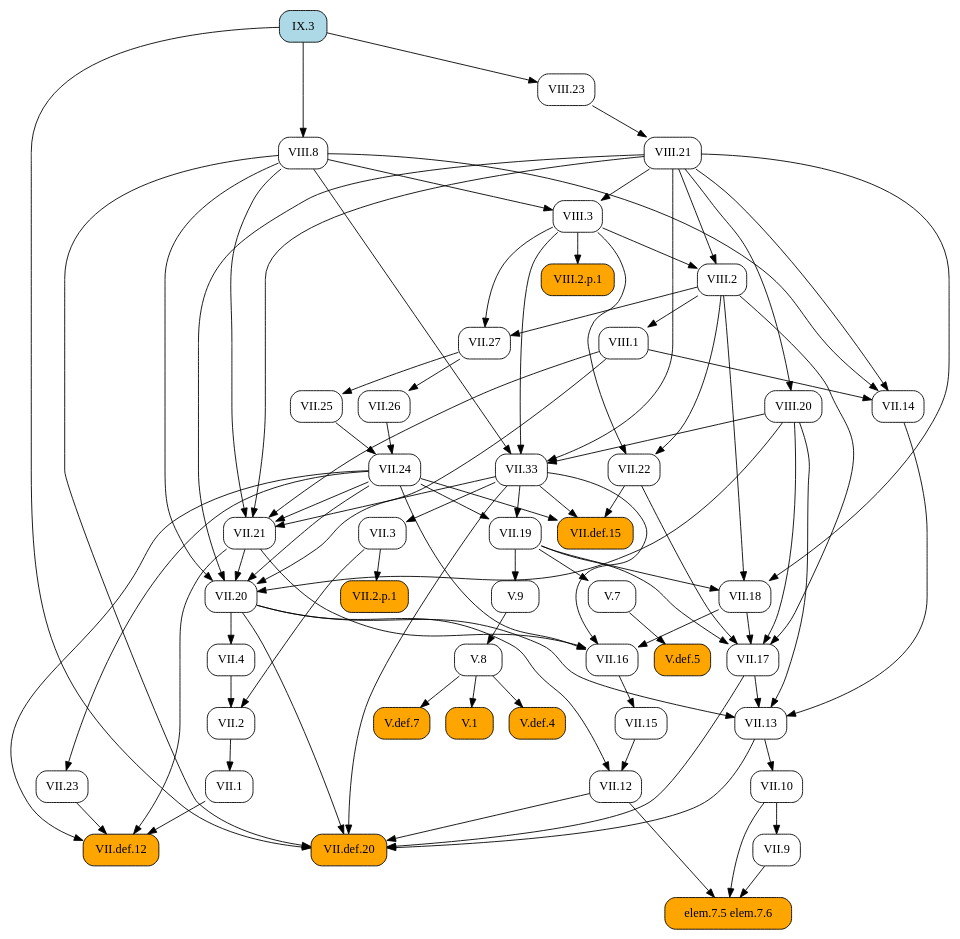
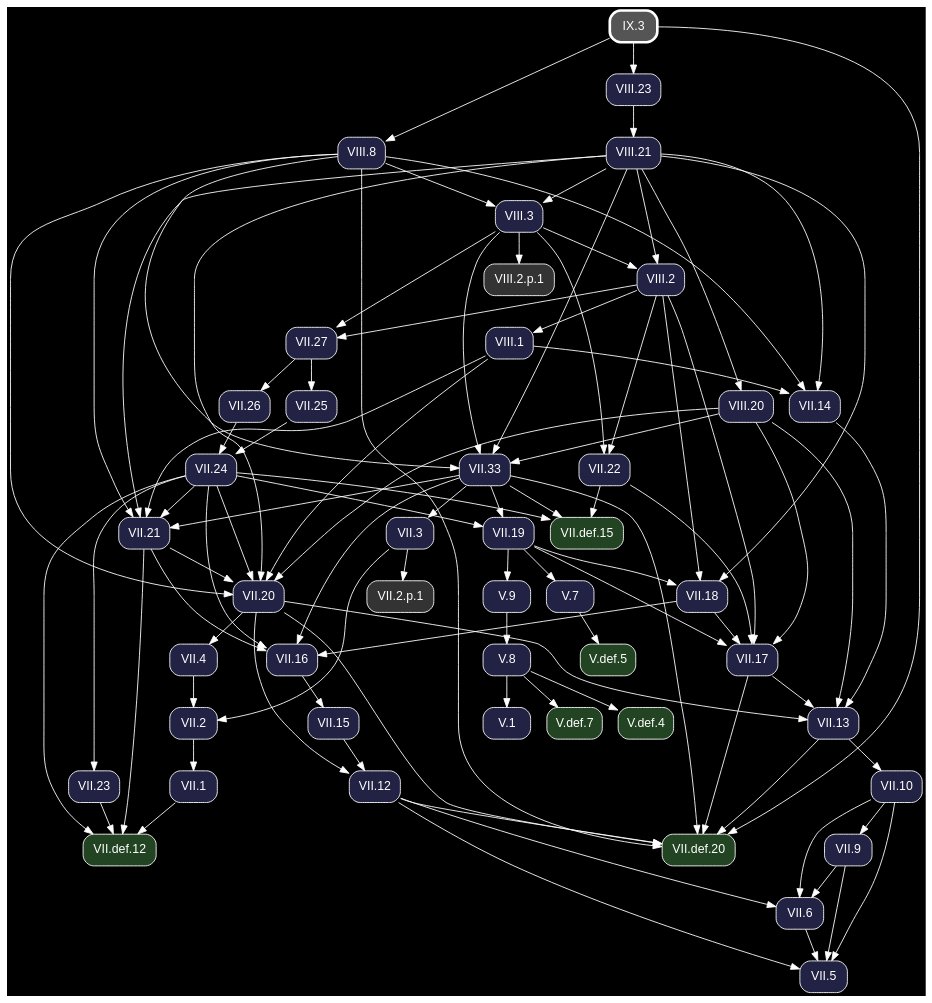
Before and after one commit to geometor/elements: the diagram in docsrc/heath/IX/3/index.rst, drawn with Graphviz. The commit also changed other lines of this file and 1200 other files, not shown here.

Commit message:
update dependency graphs

```diff
--- a/docsrc/heath/IX/3/index.rst
+++ b/docsrc/heath/IX/3/index.rst
@@ -50,96 +50,63 @@
 .. graphviz::
 
    digraph {
+     bgcolor="black";
+     node [shape=box, style="rounded,filled", fontname="Helvetica", color="white", fontcolor="white"];
+     edge [color="white", fontcolor="white"];
      rankdir="TB";
-     node [shape=box, style=rounded];
-     "VII.33" [URL="/heath/VII/33/", target="_top"];
-     "VII.12" [URL="/heath/VII/12/", target="_top"];
-     "elem.7.5 elem.7.6" [style="rounded,filled", fillcolor=orange];
-     "VIII.20" [URL="/heath/VIII/20/", target="_top"];
-     "VII.9" [URL="/heath/VII/9/", target="_top"];
-     "VIII.2" [URL="/heath/VIII/2/", target="_top"];
-     "VII.18" [URL="/heath/VII/18/", target="_top"];
-     "VII.16" [URL="/heath/VII/16/", target="_top"];
-     "V.7" [URL="/heath/V/7/", target="_top"];
-     "VII.26" [URL="/heath/VII/26/", target="_top"];
-     "V.def.5" [style="rounded,filled", fillcolor=orange, URL="/heath/V/def.5/", target="_top"];
-     "V.9" [URL="/heath/V/9/", target="_top"];
-     "VIII.8" [URL="/heath/VIII/8/", target="_top"];
-     "VII.10" [URL="/heath/VII/10/", target="_top"];
-     "VIII.3" [URL="/heath/VIII/3/", target="_top"];
-     "VII.13" [URL="/heath/VII/13/", target="_top"];
-     "VIII.23" [URL="/heath/VIII/23/", target="_top"];
-     "VII.def.15" [style="rounded,filled", fillcolor=orange, URL="/heath/VII/def.15/", target="_top"];
-     "VIII.2.p.1" [style="rounded,filled", fillcolor=orange];
-     "VII.19" [URL="/heath/VII/19/", target="_top"];
-     "VII.17" [URL="/heath/VII/17/", target="_top"];
-     "VII.2" [URL="/heath/VII/2/", target="_top"];
-     "VII.def.20" [style="rounded,filled", fillcolor=orange, URL="/heath/VII/def.20/", target="_top"];
-     "VII.2.p.1" [style="rounded,filled", fillcolor=orange];
-     "VII.15" [URL="/heath/VII/15/", target="_top"];
-     "V.def.4" [style="rounded,filled", fillcolor=orange, URL="/heath/V/def.4/", target="_top"];
-     "V.def.7" [style="rounded,filled", fillcolor=orange, URL="/heath/V/def.7/", target="_top"];
-     "VII.14" [URL="/heath/VII/14/", target="_top"];
-     "VIII.21" [URL="/heath/VIII/21/", target="_top"];
-     "VII.27" [URL="/heath/VII/27/", target="_top"];
-     "VII.21" [URL="/heath/VII/21/", target="_top"];
-     "VII.22" [URL="/heath/VII/22/", target="_top"];
-     "VII.25" [URL="/heath/VII/25/", target="_top"];
-     "VIII.1" [URL="/heath/VIII/1/", target="_top"];
-     "VII.1" [URL="/heath/VII/1/", target="_top"];
-     "V.8" [URL="/heath/V/8/", target="_top"];
-     "VII.23" [URL="/heath/VII/23/", target="_top"];
-     "VII.4" [URL="/heath/VII/4/", target="_top"];
-     "VII.def.12" [style="rounded,filled", fillcolor=orange, URL="/heath/VII/def.12/", target="_top"];
-     "V.1" [style="rounded,filled", fillcolor=orange, URL="/heath/V/1/", target="_top"];
-     "VII.3" [URL="/heath/VII/3/", target="_top"];
-     "VII.24" [URL="/heath/VII/24/", target="_top"];
-     "VII.20" [URL="/heath/VII/20/", target="_top"];
-     "IX.3" [style="rounded,filled", fillcolor=lightblue, URL="/heath/IX/3/", target="_top"];
+     "VII.33" [fillcolor="#222244", URL="/heath/VII/33/", target="_top"];
+     "V.def.5" [fillcolor="#224422", URL="/heath/V/def.5/", target="_top"];
+     "VII.18" [fillcolor="#222244", URL="/heath/VII/18/", target="_top"];
+     "VII.2" [fillcolor="#222244", URL="/heath/VII/2/", target="_top"];
+     "VII.def.20" [fillcolor="#224422", URL="/heath/VII/def.20/", target="_top"];
+     "VIII.8" [fillcolor="#222244", URL="/heath/VIII/8/", target="_top"];
+     "VIII.21" [fillcolor="#222244", URL="/heath/VIII/21/", target="_top"];
+     "VII.26" [fillcolor="#222244", URL="/heath/VII/26/", target="_top"];
+     "VII.1" [fillcolor="#222244", URL="/heath/VII/1/", target="_top"];
+     "VII.13" [fillcolor="#222244", URL="/heath/VII/13/", target="_top"];
+     "VIII.2.p.1" [fillcolor="#333333"];
+     "VII.27" [fillcolor="#222244", URL="/heath/VII/27/", target="_top"];
+     "VII.4" [fillcolor="#222244", URL="/heath/VII/4/", target="_top"];
+     "VII.25" [fillcolor="#222244", URL="/heath/VII/25/", target="_top"];
+     "IX.3" [penwidth=3, color="white", fillcolor="#555555", URL="/heath/IX/3/", target="_top"];
+     "VIII.20" [fillcolor="#222244", URL="/heath/VIII/20/", target="_top"];
+     "VII.21" [fillcolor="#222244", URL="/heath/VII/21/", target="_top"];
+     "VII.9" [fillcolor="#222244", URL="/heath/VII/9/", target="_top"];
+     "V.7" [fillcolor="#222244", URL="/heath/V/7/", target="_top"];
+     "VII.12" [fillcolor="#222244", URL="/heath/VII/12/", target="_top"];
+     "V.9" [fillcolor="#222244", URL="/heath/V/9/", target="_top"];
+     "VII.17" [fillcolor="#222244", URL="/heath/VII/17/", target="_top"];
+     "VII.24" [fillcolor="#222244", URL="/heath/VII/24/", target="_top"];
+     "VII.22" [fillcolor="#222244", URL="/heath/VII/22/", target="_top"];
+     "VIII.2" [fillcolor="#222244", URL="/heath/VIII/2/", target="_top"];
+     "V.def.7" [fillcolor="#224422", URL="/heath/V/def.7/", target="_top"];
+     "VII.20" [fillcolor="#222244", URL="/heath/VII/20/", target="_top"];
+     "V.def.4" [fillcolor="#224422", URL="/heath/V/def.4/", target="_top"];
+     "VII.5" [fillcolor="#222244", URL="/heath/VII/5/", target="_top"];
+     "VIII.23" [fillcolor="#222244", URL="/heath/VIII/23/", target="_top"];
+     "VII.def.15" [fillcolor="#224422", URL="/heath/VII/def.15/", target="_top"];
+     "VIII.3" [fillcolor="#222244", URL="/heath/VIII/3/", target="_top"];
+     "VII.2.p.1" [fillcolor="#333333"];
+     "VII.6" [fillcolor="#222244", URL="/heath/VII/6/", target="_top"];
+     "VII.16" [fillcolor="#222244", URL="/heath/VII/16/", target="_top"];
+     "VII.15" [fillcolor="#222244", URL="/heath/VII/15/", target="_top"];
+     "V.1" [fillcolor="#222244", URL="/heath/V/1/", target="_top"];
+     "VII.10" [fillcolor="#222244", URL="/heath/VII/10/", target="_top"];
+     "VII.23" [fillcolor="#222244", URL="/heath/VII/23/", target="_top"];
+     "VII.def.12" [fillcolor="#224422", URL="/heath/VII/def.12/", target="_top"];
+     "VII.19" [fillcolor="#222244", URL="/heath/VII/19/", target="_top"];
+     "VIII.1" [fillcolor="#222244", URL="/heath/VIII/1/", target="_top"];
+     "V.8" [fillcolor="#222244", URL="/heath/V/8/", target="_top"];
+     "VII.3" [fillcolor="#222244", URL="/heath/VII/3/", target="_top"];
+     "VII.14" [fillcolor="#222244", URL="/heath/VII/14/", target="_top"];
      "VIII.3" -> "VII.33";
      "VIII.8" -> "VII.33";
      "VIII.20" -> "VII.33";
      "VIII.21" -> "VII.33";
-     "VII.15" -> "VII.12";
-     "VII.20" -> "VII.12";
-     "VII.9" -> "elem.7.5 elem.7.6";
-     "VII.10" -> "elem.7.5 elem.7.6";
-     "VII.12" -> "elem.7.5 elem.7.6";
-     "VIII.21" -> "VIII.20";
-     "VII.10" -> "VII.9";
-     "VIII.3" -> "VIII.2";
-     "VIII.21" -> "VIII.2";
+     "V.7" -> "V.def.5";
      "VII.19" -> "VII.18";
      "VIII.2" -> "VII.18";
      "VIII.21" -> "VII.18";
-     "VII.18" -> "VII.16";
-     "VII.21" -> "VII.16";
-     "VII.24" -> "VII.16";
-     "VII.33" -> "VII.16";
-     "VII.19" -> "V.7";
-     "VII.27" -> "VII.26";
-     "V.7" -> "V.def.5";
-     "VII.19" -> "V.9";
-     "IX.3" -> "VIII.8";
-     "VII.13" -> "VII.10";
-     "VIII.8" -> "VIII.3";
-     "VIII.21" -> "VIII.3";
-     "VII.14" -> "VII.13";
-     "VII.17" -> "VII.13";
-     "VII.20" -> "VII.13";
-     "VIII.20" -> "VII.13";
-     "IX.3" -> "VIII.23";
-     "VII.22" -> "VII.def.15";
-     "VII.24" -> "VII.def.15";
-     "VII.33" -> "VII.def.15";
-     "VIII.3" -> "VIII.2.p.1";
-     "VII.24" -> "VII.19";
-     "VII.33" -> "VII.19";
-     "VII.18" -> "VII.17";
-     "VII.19" -> "VII.17";
-     "VII.22" -> "VII.17";
-     "VIII.2" -> "VII.17";
-     "VIII.20" -> "VII.17";
      "VII.3" -> "VII.2";
      "VII.4" -> "VII.2";
      "VII.12" -> "VII.def.20";
@@ -149,41 +116,81 @@
      "VII.33" -> "VII.def.20";
      "VIII.8" -> "VII.def.20";
      "IX.3" -> "VII.def.20";
-     "VII.3" -> "VII.2.p.1";
-     "VII.16" -> "VII.15";
-     "V.8" -> "V.def.4";
-     "V.8" -> "V.def.7";
-     "VIII.1" -> "VII.14";
-     "VIII.8" -> "VII.14";
-     "VIII.21" -> "VII.14";
+     "IX.3" -> "VIII.8";
      "VIII.23" -> "VIII.21";
+     "VII.27" -> "VII.26";
+     "VII.2" -> "VII.1";
+     "VII.14" -> "VII.13";
+     "VII.17" -> "VII.13";
+     "VII.20" -> "VII.13";
+     "VIII.20" -> "VII.13";
+     "VIII.3" -> "VIII.2.p.1";
      "VIII.2" -> "VII.27";
      "VIII.3" -> "VII.27";
+     "VII.20" -> "VII.4";
+     "VII.27" -> "VII.25";
+     "VIII.21" -> "VIII.20";
      "VII.24" -> "VII.21";
      "VII.33" -> "VII.21";
      "VIII.1" -> "VII.21";
      "VIII.8" -> "VII.21";
      "VIII.21" -> "VII.21";
+     "VII.10" -> "VII.9";
+     "VII.19" -> "V.7";
+     "VII.15" -> "VII.12";
+     "VII.20" -> "VII.12";
+     "VII.19" -> "V.9";
+     "VII.18" -> "VII.17";
+     "VII.19" -> "VII.17";
+     "VII.22" -> "VII.17";
+     "VIII.2" -> "VII.17";
+     "VIII.20" -> "VII.17";
+     "VII.25" -> "VII.24";
+     "VII.26" -> "VII.24";
      "VIII.2" -> "VII.22";
      "VIII.3" -> "VII.22";
-     "VII.27" -> "VII.25";
-     "VIII.2" -> "VIII.1";
-     "VII.2" -> "VII.1";
-     "V.9" -> "V.8";
-     "VII.24" -> "VII.23";
-     "VII.20" -> "VII.4";
-     "VII.1" -> "VII.def.12";
-     "VII.21" -> "VII.def.12";
-     "VII.23" -> "VII.def.12";
-     "VII.24" -> "VII.def.12";
-     "V.8" -> "V.1";
-     "VII.33" -> "VII.3";
-     "VII.25" -> "VII.24";
-     "VII.26" -> "VII.24";
+     "VIII.3" -> "VIII.2";
+     "VIII.21" -> "VIII.2";
+     "V.8" -> "V.def.7";
      "VII.21" -> "VII.20";
      "VII.24" -> "VII.20";
      "VIII.1" -> "VII.20";
      "VIII.8" -> "VII.20";
      "VIII.20" -> "VII.20";
      "VIII.21" -> "VII.20";
+     "V.8" -> "V.def.4";
+     "VII.6" -> "VII.5";
+     "VII.9" -> "VII.5";
+     "VII.10" -> "VII.5";
+     "VII.12" -> "VII.5";
+     "IX.3" -> "VIII.23";
+     "VII.22" -> "VII.def.15";
+     "VII.24" -> "VII.def.15";
+     "VII.33" -> "VII.def.15";
+     "VIII.8" -> "VIII.3";
+     "VIII.21" -> "VIII.3";
+     "VII.3" -> "VII.2.p.1";
+     "VII.9" -> "VII.6";
+     "VII.10" -> "VII.6";
+     "VII.12" -> "VII.6";
+     "VII.18" -> "VII.16";
+     "VII.21" -> "VII.16";
+     "VII.24" -> "VII.16";
+     "VII.33" -> "VII.16";
+     "VII.16" -> "VII.15";
+     "V.8" -> "V.1";
+     "VII.13" -> "VII.10";
+     "VII.24" -> "VII.23";
+     "VII.1" -> "VII.def.12";
+     "VII.21" -> "VII.def.12";
+     "VII.23" -> "VII.def.12";
+     "VII.24" -> "VII.def.12";
+     "VII.24" -> "VII.19";
+     "VII.33" -> "VII.19";
+     "VIII.2" -> "VIII.1";
+     "V.9" -> "V.8";
+     "VII.33" -> "VII.3";
+     "VIII.1" -> "VII.14";
+     "VIII.8" -> "VII.14";
+     "VIII.21" -> "VII.14";
    }
```
